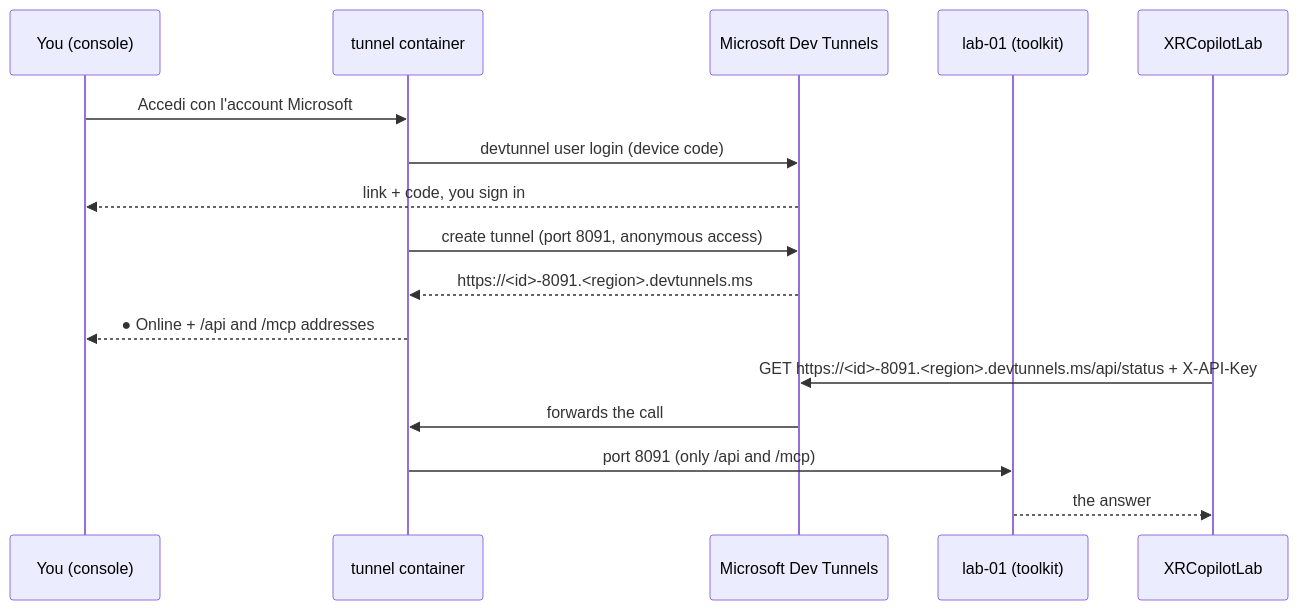
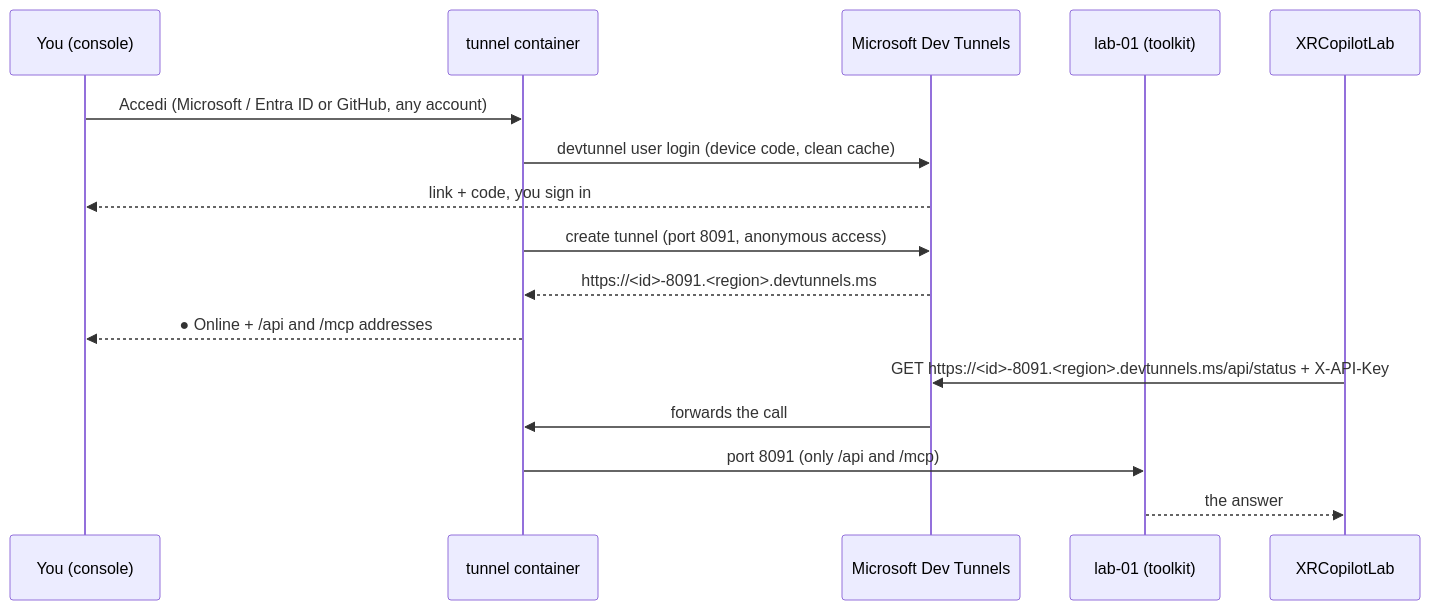
One commit to hevolusinnovation/xrcopilotlab-intrusion-mcp changed diagram 12 of 13 in README.md. Above: the diagram before and after it, drawn with Mermaid. The commit also changed other lines of this file and 4 other files, not shown here.

First line of the commit message:
fix(lab): Dev Tunnel login with any account, not the last one saved

````diff
--- a/README.md
+++ b/README.md
@@ -943,18 +943,18 @@
 ```mermaid
 sequenceDiagram
   participant You as You (console)
   participant T as tunnel container
   participant MS as Microsoft Dev Tunnels
   participant L as lab-01 (toolkit)
   participant X as XRCopilotLab
-  You->>T: Accedi con l'account Microsoft
-  T->>MS: devtunnel user login (device code)
+  You->>T: Accedi (Microsoft / Entra ID or GitHub, any account)
+  T->>MS: devtunnel user login (device code, clean cache)
   MS-->>You: link + code, you sign in
   T->>MS: create tunnel (port 8091, anonymous access)
   MS-->>T: https://<id>-8091.<region>.devtunnels.ms
   T-->>You: ● Online + /api and /mcp addresses
   X->>MS: GET https://<id>-8091.<region>.devtunnels.ms/api/status + X-API-Key
   MS->>T: forwards the call
   T->>L: port 8091 (only /api and /mcp)
   L-->>X: the answer
 ```
````
